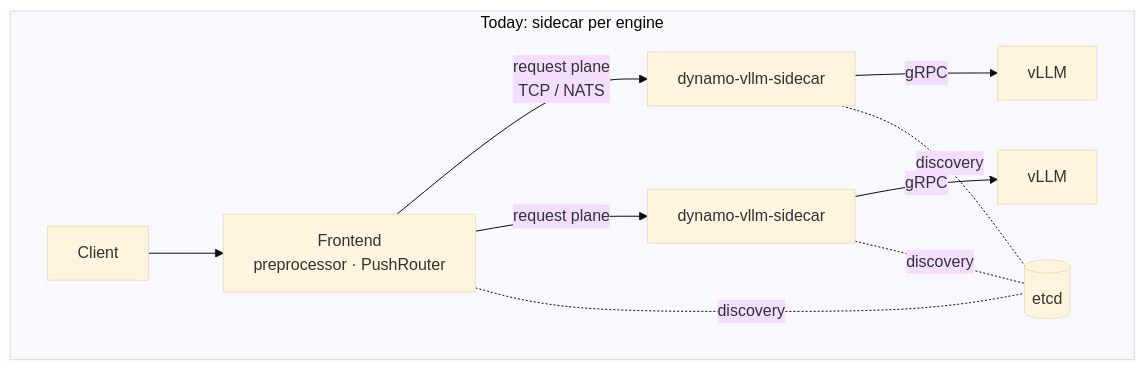
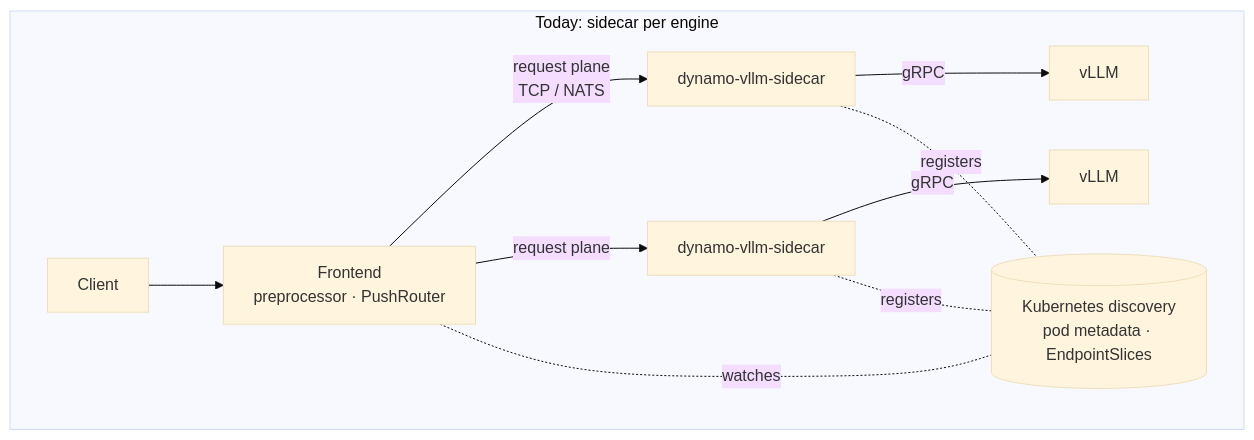
The first of 4 diagrams in lib/sidecar/vllm/DIRECT.md (nnshah1/dynamo), drawn with Mermaid (base theme) before and after one commit. The commit also changed other lines of this file, not shown here.

Commit message:
docs(vllm-direct): discovery is Kubernetes, not etcd; note kube register_as gap

````diff
--- a/lib/sidecar/vllm/DIRECT.md
+++ b/lib/sidecar/vllm/DIRECT.md
@@ -19,14 +19,14 @@
 ```mermaid
 flowchart LR
     subgraph today["Today: sidecar per engine"]
         direction LR
         C1[Client] --> F1[Frontend<br/>preprocessor · PushRouter]
         F1 -- request plane<br/>TCP / NATS --> S1[dynamo-vllm-sidecar]
         F1 -- request plane --> S2[dynamo-vllm-sidecar]
         S1 -- gRPC --> V1[vLLM]
         S2 -- gRPC --> V2[vLLM]
-        F1 -. discovery .- E[(etcd)]
-        S1 -. discovery .- E
-        S2 -. discovery .- E
+        F1 -. watches .- K[(Kubernetes discovery<br/>pod metadata · EndpointSlices)]
+        S1 -. registers .- K
+        S2 -. registers .- K
     end
 ```
````
